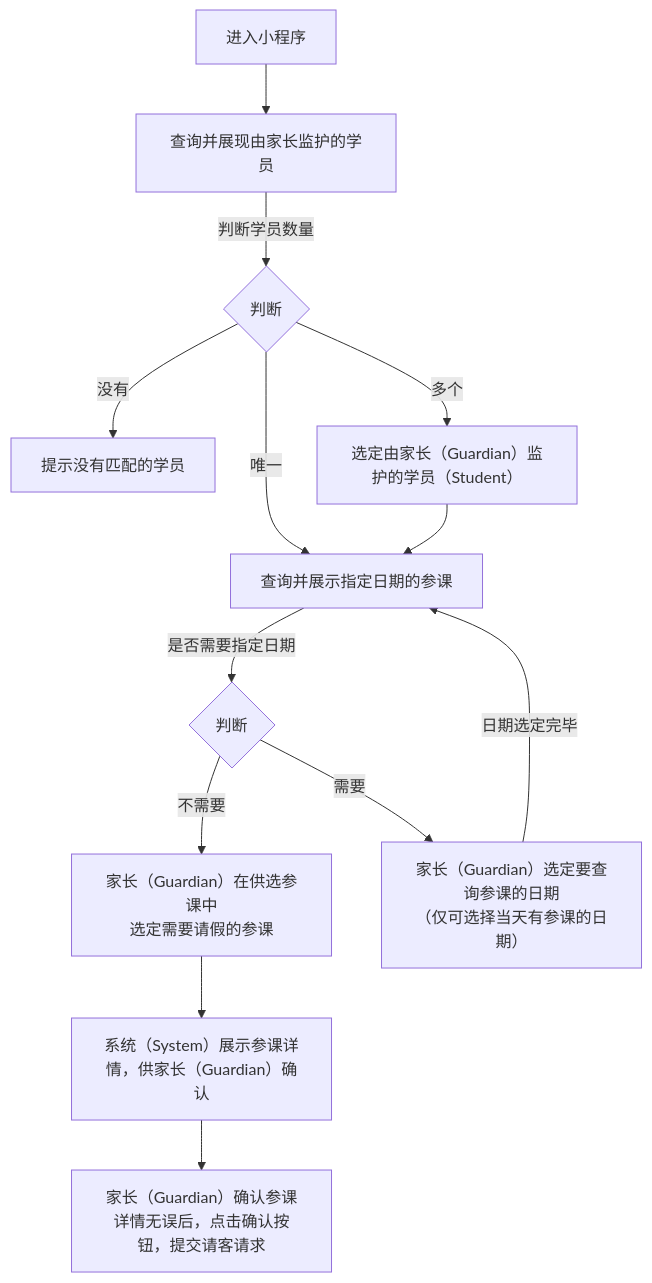
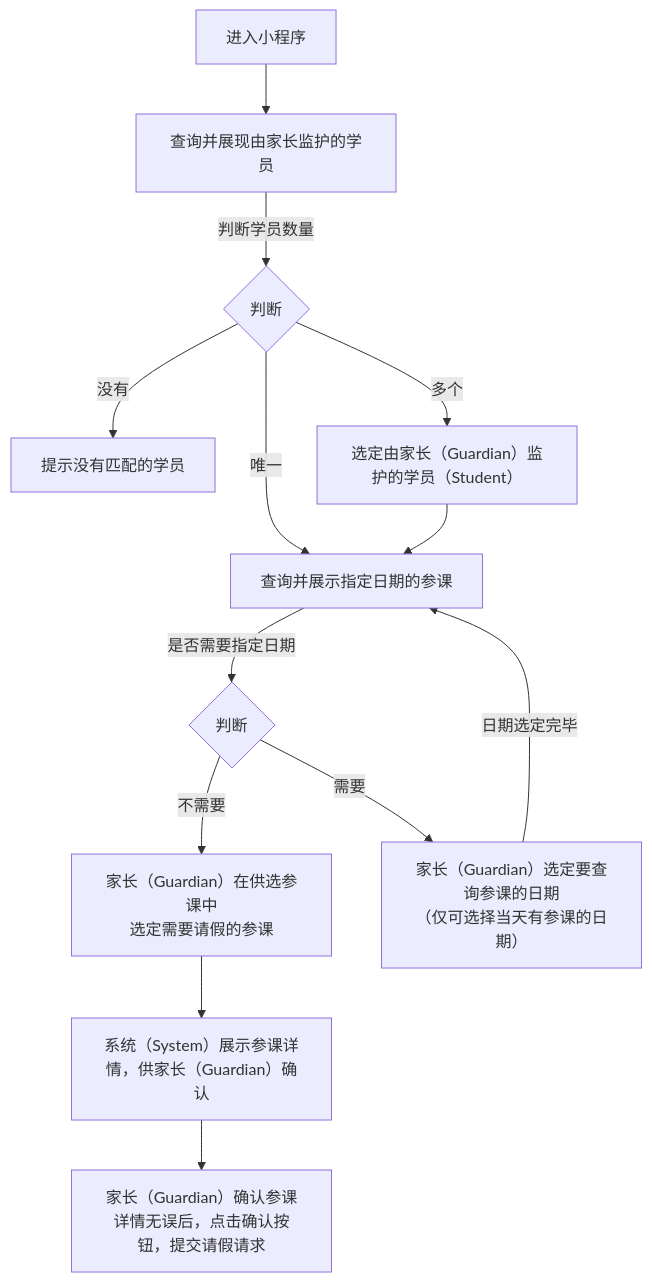
The diagram in 用例/请假.md (world-wide-web/sign), drawn with Mermaid before and after one commit. The commit also changed other lines of this file, not shown here.

````diff
--- a/用例/请假.md
+++ b/用例/请假.md
@@ -7,42 +7,44 @@
 ```mermaid
 graph TD
 
 进入小程序-->查询并展现由家长监护的学员
 
 查询并展现由家长监护的学员--判断学员数量-->判断学员数量
 
 判断学员数量--没有-->提示没有匹配的学员
 
 判断学员数量--唯一-->查询并展示指定日期的参课
 
 判断学员数量--多个-->选定学员
 
 选定学员-->查询并展示指定日期的参课
 
 查询并展示指定日期的参课--是否需要指定日期-->决定是否需要指定日期
 
 决定是否需要指定日期--不需要-->选定参课
 
 决定是否需要指定日期--需要-->选定日期
 
 选定日期--日期选定完毕-->查询并展示指定日期的参课
 
 选定参课-->展示参课详情
 
 展示参课详情-->提交请教请求
 
 判断学员数量{"<center>判断</center>"}
 
 选定学员["<center>选定由家长（Guardian）监护的学员（Student）</center>"]
 
 决定是否需要指定日期{"<center>判断</center>"}
 
 选定日期["<center>家长（Guardian）选定要查询参课的日期<br>（仅可选择当天有参课的日期）</center>"]
 
 选定参课["<center>家长（Guardian）在供选参课中<br>选定需要请假的参课</center>"]
 
 展示参课详情["<center>系统（System）展示参课详情，供家长（Guardian）确认</center>"]
 
-提交请教请求["<center>家长（Guardian）确认参课详情无误后，点击确认按钮，提交请客请求</center>"]
+提交请教请求["<center>家长（Guardian）确认参课详情无误后，点击确认按钮，提交请假请求</center>"]
+
+
 
 ```
````
